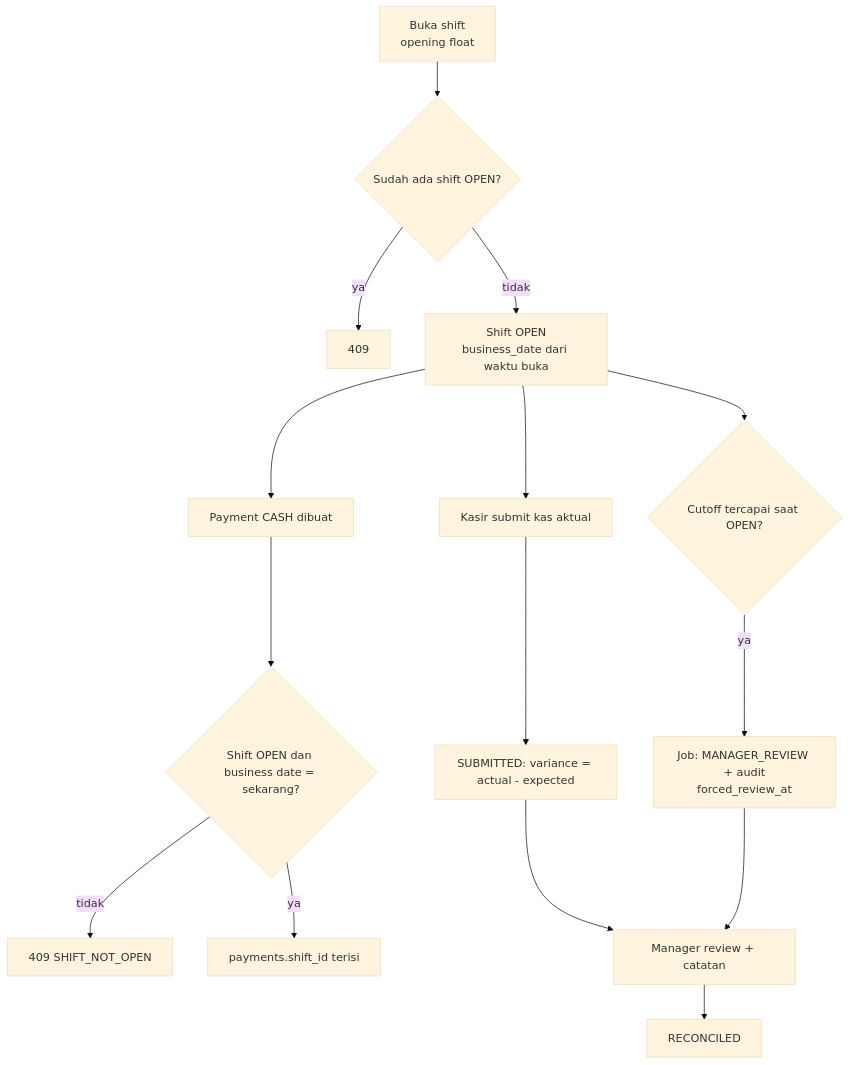
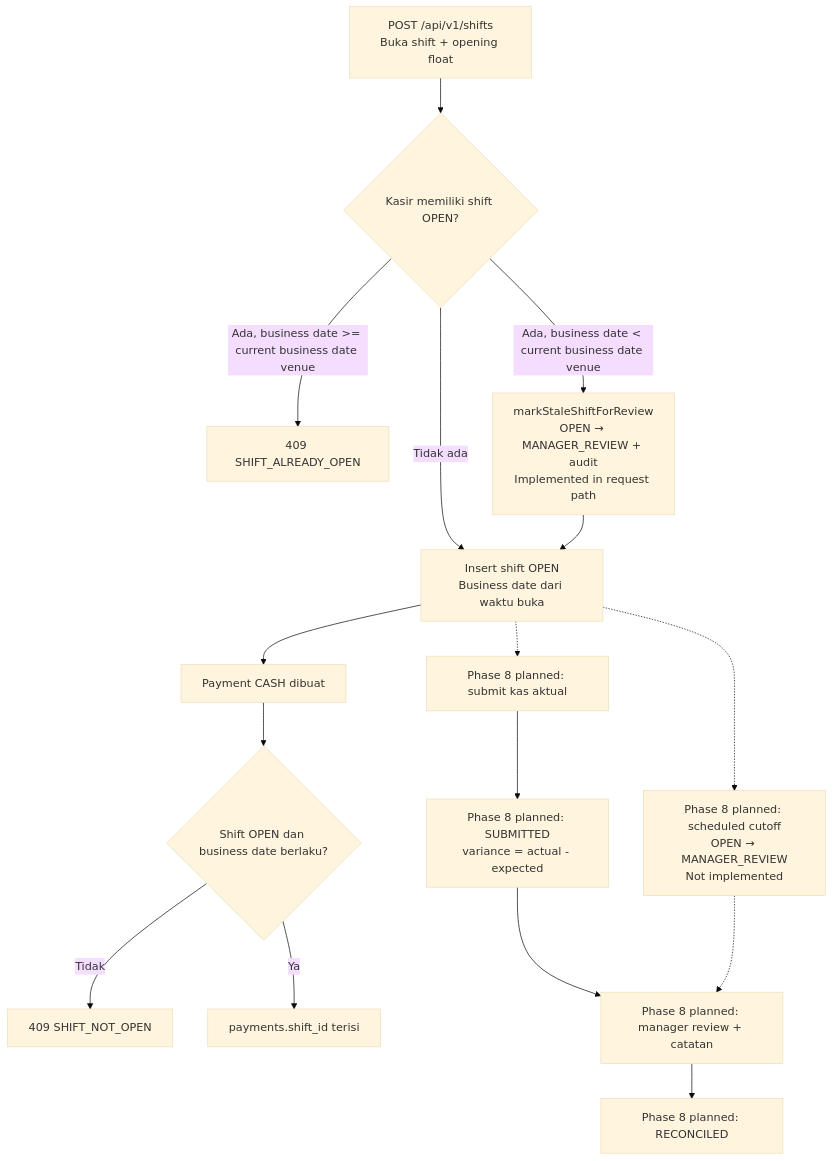
Before and after one commit to ranggautama47/nightvenue-backend: the fourth of 5 diagrams in docs/APPLICATION_ARCHITECTURE.md, drawn with Mermaid (base theme). The commit also changed other lines of this file and 6 other files, not shown here.

````diff
--- a/docs/APPLICATION_ARCHITECTURE.md
+++ b/docs/APPLICATION_ARCHITECTURE.md
@@ -301,17 +301,31 @@
 ```mermaid
 flowchart TD
-    A["Buka shift<br/>opening float"] --> B{"Sudah ada shift OPEN?"}
-    B -- ya --> X["409"]
-    B -- tidak --> C["Shift OPEN<br/>business_date dari waktu buka"]
+    A["POST /api/v1/shifts<br/>Buka shift + opening float"] --> B{"Kasir memiliki shift OPEN?"}
+
+    B -- "Tidak ada" --> C["Insert shift OPEN<br/>Business date dari waktu buka"]
+
+    B -- "Ada, business date >= current business date venue" --> X["409 SHIFT_ALREADY_OPEN"]
+
+    B -- "Ada, business date < current business date venue" --> S["markStaleShiftForReview<br/>OPEN → MANAGER_REVIEW + audit<br/>Implemented in request path"]
+
+    S --> C
+
     C --> D["Payment CASH dibuat"]
-    D --> E{"Shift OPEN dan business date = sekarang?"}
-    E -- tidak --> F["409 SHIFT_NOT_OPEN"]
-    E -- ya --> G["payments.shift_id terisi"]
-    C --> H{"Cutoff tercapai saat OPEN?"}
-    H -- ya --> I["Job: MANAGER_REVIEW + audit<br/>forced_review_at"]
-    C --> J["Kasir submit kas aktual"]
-    J --> K["SUBMITTED: variance = actual - expected"]
-    K --> L["Manager review + catatan"]
-    I --> L
-    L --> M["RECONCILED"]
+
+    D --> E{"Shift OPEN dan business date berlaku?"}
+
+    E -- "Tidak" --> F["409 SHIFT_NOT_OPEN"]
+    E -- "Ya" --> G["payments.shift_id terisi"]
+
+    C -.-> P["Phase 8 planned: scheduled cutoff<br/>OPEN → MANAGER_REVIEW<br/>Not implemented"]
+
+    C -.-> J["Phase 8 planned: submit kas aktual"]
+
+    J --> K["Phase 8 planned: SUBMITTED<br/>variance = actual - expected"]
+
+    K --> L["Phase 8 planned: manager review + catatan"]
+
+    P -.-> L
+
+    L --> M["Phase 8 planned: RECONCILED"]
 ```
````
